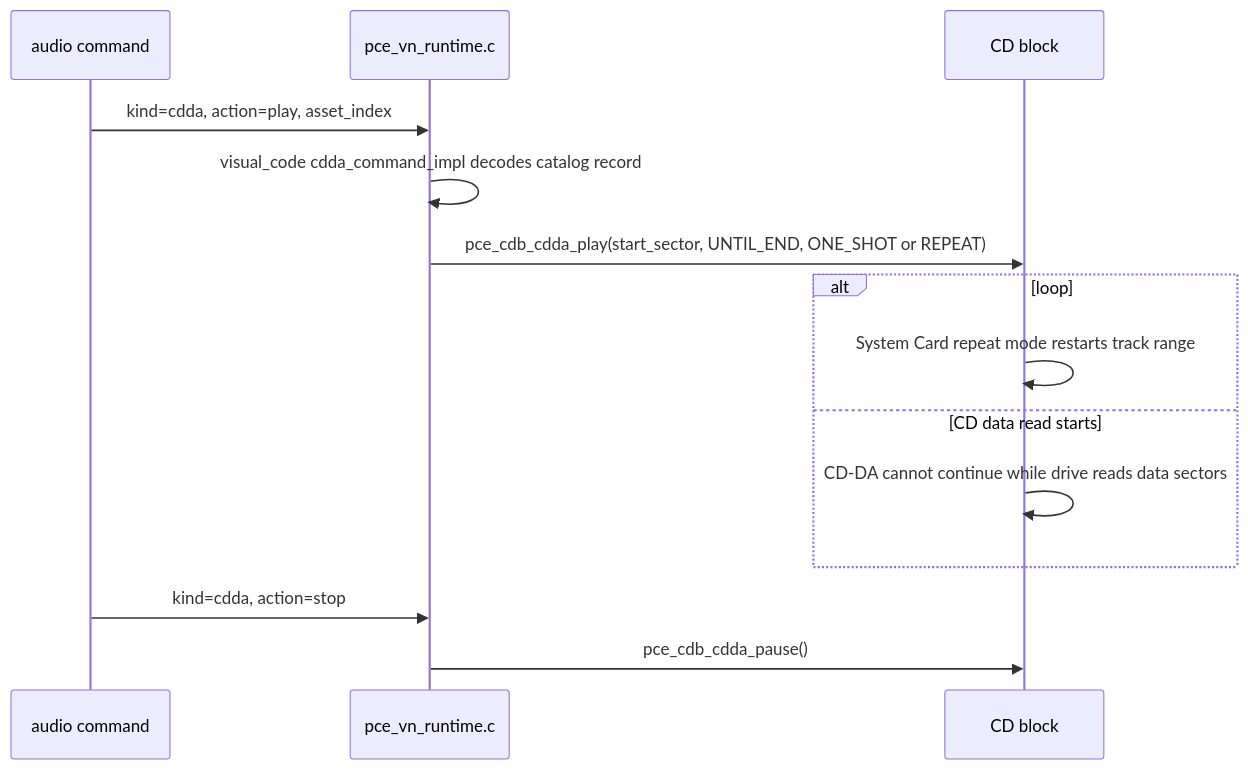
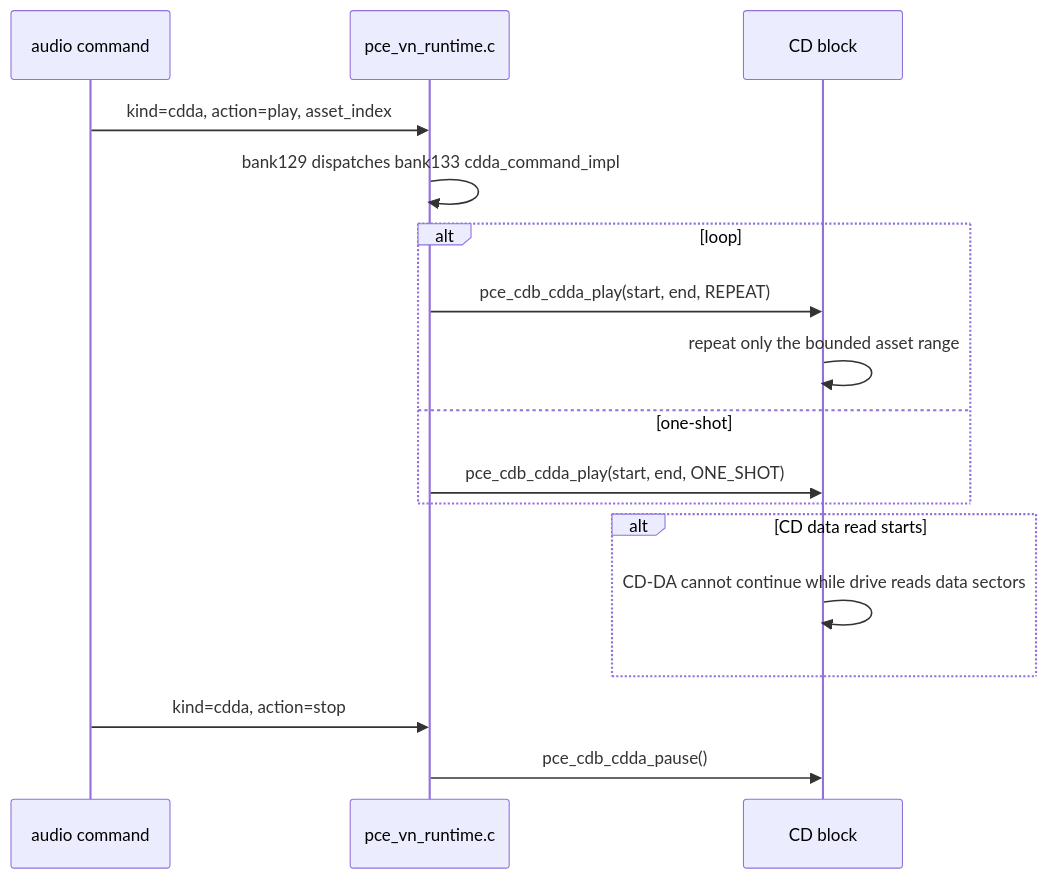
One commit to HOSSIE-JP/pce-game-editor changed the sixth of 6 diagrams in docs/pce-media-programming-guide.md. Above: the diagram before and after it, drawn with Mermaid. The commit also changed other lines of this file and 18 other files, not shown here.

````diff
--- a/docs/pce-media-programming-guide.md
+++ b/docs/pce-media-programming-guide.md
@@ -770,16 +770,19 @@
 ```mermaid
 sequenceDiagram
   participant Scene as audio command
   participant RT as pce_vn_runtime.c
   participant CDB as CD block
   Scene->>RT: kind=cdda, action=play, asset_index
-  RT->>RT: visual_code cdda_command_impl decodes catalog record
-  RT->>CDB: pce_cdb_cdda_play(start_sector, UNTIL_END, ONE_SHOT or REPEAT)
+  RT->>RT: bank129 dispatches bank133 cdda_command_impl
   alt loop
-    CDB->>CDB: System Card repeat mode restarts track range
-  else CD data read starts
+    RT->>CDB: pce_cdb_cdda_play(start, end, REPEAT)
+    CDB->>CDB: repeat only the bounded asset range
+  else one-shot
+    RT->>CDB: pce_cdb_cdda_play(start, end, ONE_SHOT)
+  end
+  alt CD data read starts
     CDB->>CDB: CD-DA cannot continue while drive reads data sectors
   end
   Scene->>RT: kind=cdda, action=stop
   RT->>CDB: pce_cdb_cdda_pause()
 ```
````
